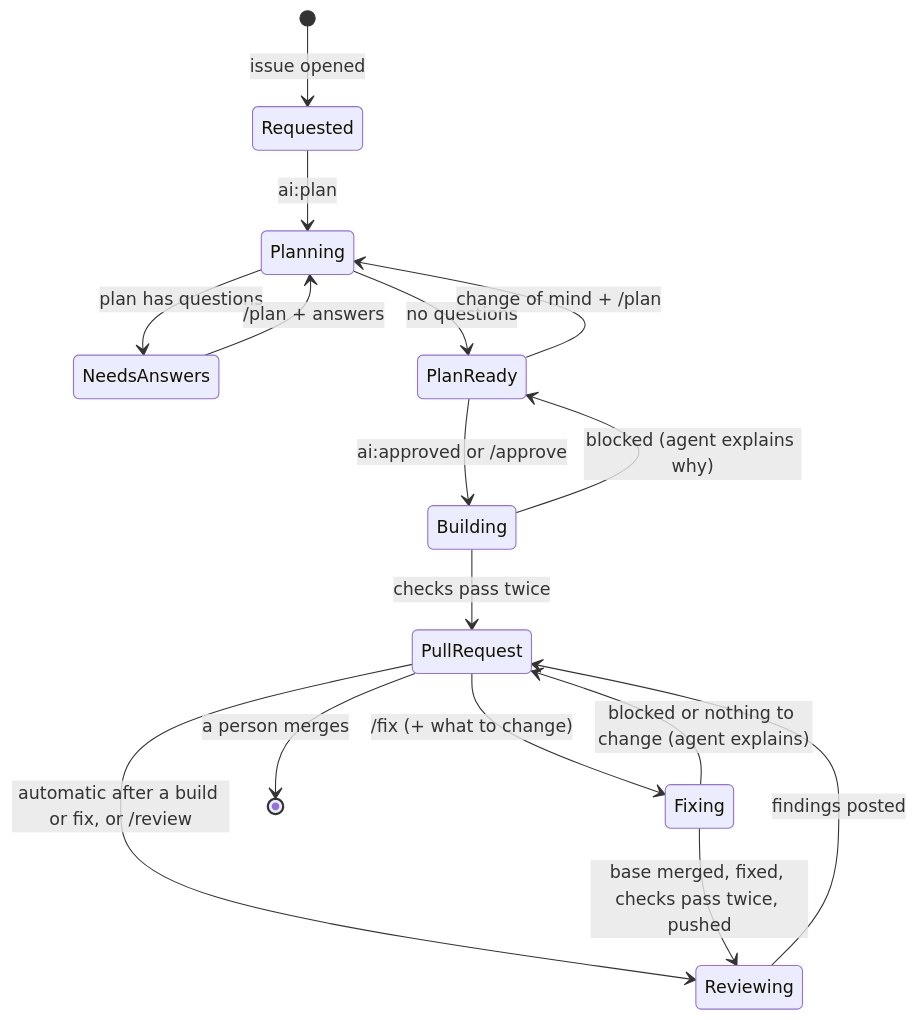
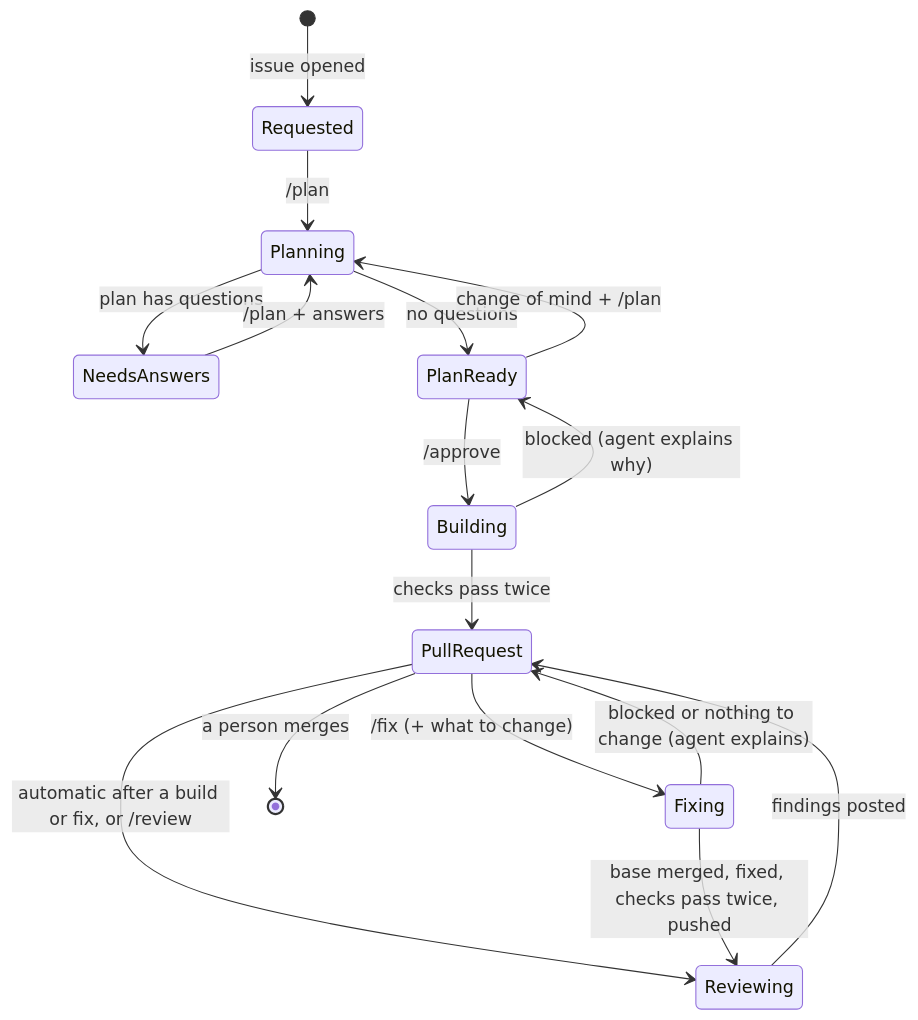
Before and after one commit to jmcfadden27/claude-code-dev-pipeline: the first of 3 diagrams in docs/architecture.md, drawn with Mermaid. The commit also changed other lines of this file and 32 other files, not shown here.

````diff
--- a/docs/architecture.md
+++ b/docs/architecture.md
@@ -63,18 +68,18 @@
 ```mermaid
 stateDiagram-v2
     [*] --> Requested: issue opened
-    Requested --> Planning: ai:plan
+    Requested --> Planning: /plan
     Planning --> NeedsAnswers: plan has questions
     NeedsAnswers --> Planning: /plan + answers
     Planning --> PlanReady: no questions
     PlanReady --> Planning: change of mind + /plan
     Building --> PlanReady: blocked (agent explains why)
-    PlanReady --> Building: ai:approved or /approve
+    PlanReady --> Building: /approve
     Building --> PullRequest: checks pass twice
     PullRequest --> Reviewing: automatic after a build or fix, or /review
     Reviewing --> PullRequest: findings posted
     PullRequest --> Fixing: /fix (+ what to change)
     Fixing --> Reviewing: base merged, fixed, checks pass twice, pushed
     Fixing --> PullRequest: blocked or nothing to change (agent explains)
     PullRequest --> [*]: a person merges
 ```
````
